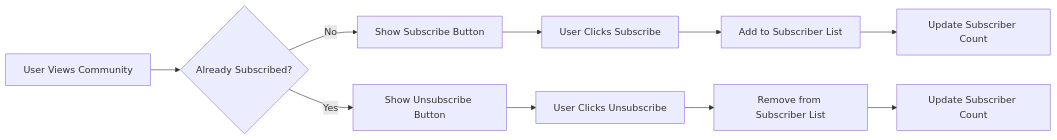
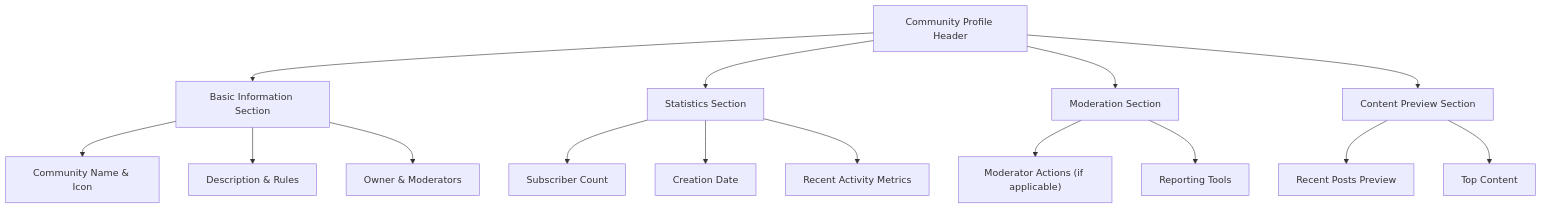
The second of 2 diagrams in deepseek/deepseek-v3.1-terminus-exacto/reddit/docs/analysis/04-community-management.md (wrtnlabs/autobe-examples), drawn with Mermaid before and after one commit. The commit also changed other lines of this file and 11104 other files, not shown here.

````diff
--- a/deepseek/deepseek-v3.1-terminus-exacto/reddit/docs/analysis/04-community-management.md
+++ b/deepseek/deepseek-v3.1-terminus-exacto/reddit/docs/analysis/04-community-management.md
@@ -124,12 +142,21 @@
 ```mermaid
-graph LR
-  A["User Views Community"] --> B{"Already Subscribed?"}
-  B -->|"No"| C["Show Subscribe Button"]
-  B -->|"Yes"| D["Show Unsubscribe Button"]
-  C --> E["User Clicks Subscribe"]
-  E --> F["Add to Subscriber List"]
-  F --> G["Update Subscriber Count"]
-  D --> H["User Clicks Unsubscribe"]
-  H --> I["Remove from Subscriber List"]
-  I --> J["Update Subscriber Count"]
+graph TD
+  A["Community Profile Header"] --> B["Basic Information Section"]
+  A --> C["Statistics Section"]
+  A --> D["Moderation Section"]
+  A --> E["Content Preview Section"]
+  
+  B --> F["Community Name & Icon"]
+  B --> G["Description & Rules"]
+  B --> H["Owner & Moderators"]
+  
+  C --> I["Subscriber Count"]
+  C --> J["Creation Date"]
+  C --> K["Recent Activity Metrics"]
+  
+  D --> L["Moderator Actions (if applicable)"]
+  D --> M["Reporting Tools"]
+  
+  E --> N["Recent Posts Preview"]
+  E --> O["Top Content"]
 ```
````
